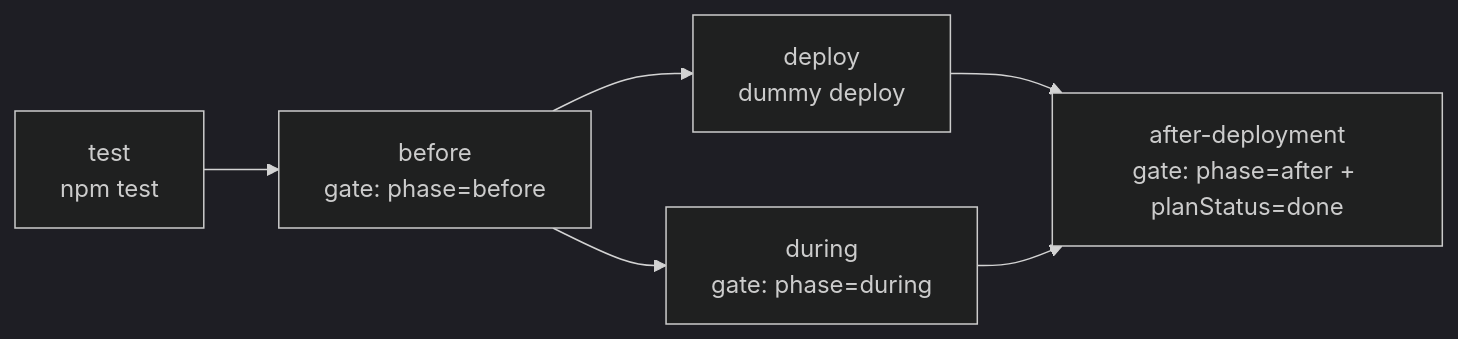
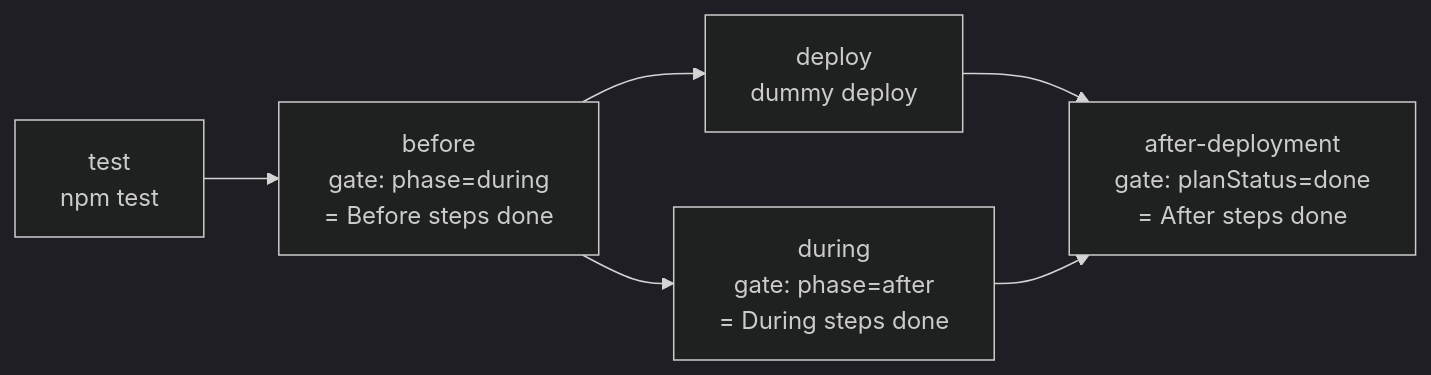
One commit to Generation-Y-BV/deployment-playbook-example changed the diagram in README.md. Above: the diagram before and after it, drawn with Mermaid (dark theme). The commit also changed other lines of this file and 1 other file, not shown here.

Commit message:
Gate each job on its phase being complete (before -> phase=during, during -> phase=after)

````diff
--- a/README.md
+++ b/README.md
@@ -10,8 +10,8 @@
 ```mermaid
 flowchart LR
-  test[test<br/>npm test] --> before[before<br/>gate: phase=before]
+  test[test<br/>npm test] --> before[before<br/>gate: phase=during<br/>= Before steps done]
   before --> deploy[deploy<br/>dummy deploy]
-  before --> during[during<br/>gate: phase=during]
-  deploy --> after[after-deployment<br/>gate: phase=after + planStatus=done]
+  before --> during[during<br/>gate: phase=after<br/>= During steps done]
+  deploy --> after[after-deployment<br/>gate: planStatus=done<br/>= After steps done]
   during --> after
 ```
````
